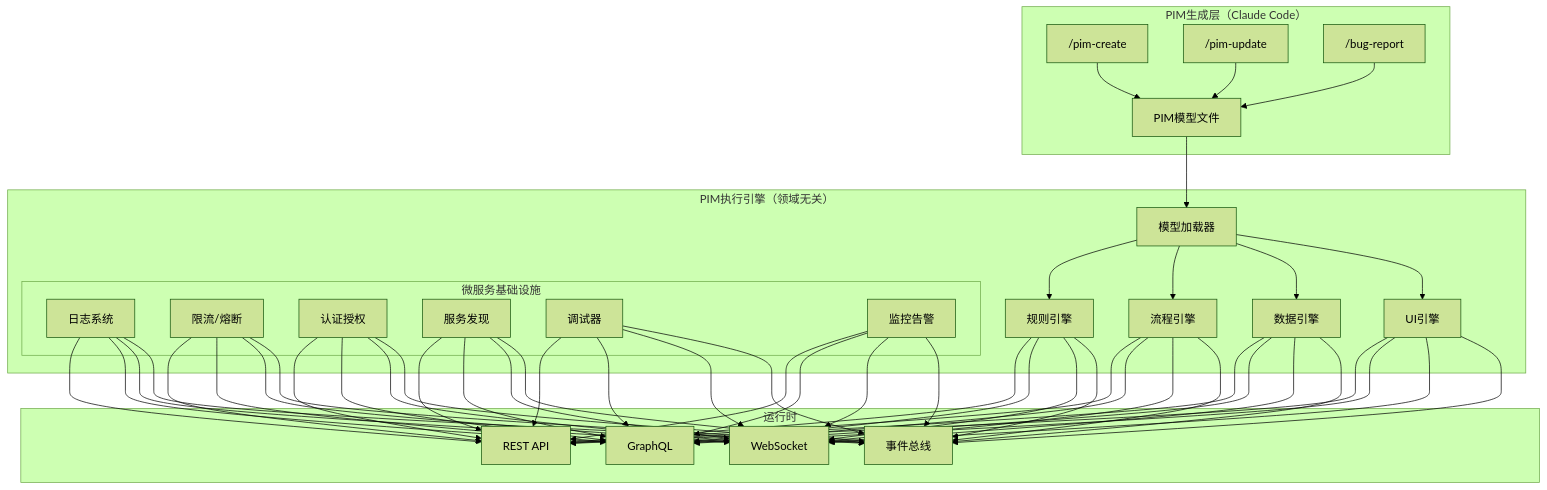
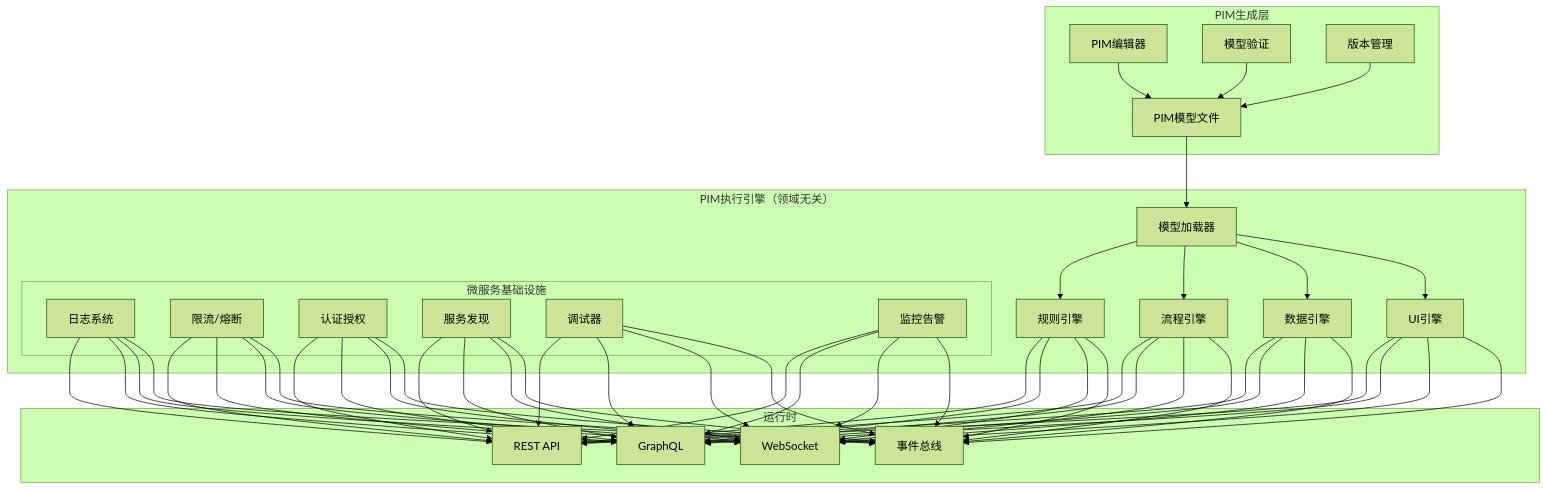
The diagram in PIM执行引擎架构设计.md (guci314/mda), drawn with Mermaid (forest theme) before and after one commit. The commit also changed other lines of this file and 235 other files, not shown here.

````diff
--- a/PIM执行引擎架构设计.md
+++ b/PIM执行引擎架构设计.md
@@ -14,41 +14,41 @@
 ```mermaid
 flowchart TB
-    subgraph "PIM生成层（Claude Code）"
-        A["/pim-create"]
-        B["/pim-update"]
-        C["/bug-report"]
+    subgraph "PIM生成层"
+        A[PIM编辑器]
+        B[模型验证]
+        C[版本管理]
         D[PIM模型文件]
     end
     
     subgraph "PIM执行引擎（领域无关）"
         E[模型加载器]
         F[规则引擎]
         G[流程引擎]
         H[数据引擎]
         I[UI引擎]
         
         subgraph "微服务基础设施"
             J[日志系统]
             K[限流/熔断]
             L[认证授权]
             M[服务发现]
             N[调试器]
             O[监控告警]
         end
     end
     
     subgraph "运行时"
         P[REST API]
         Q[GraphQL]
         R[WebSocket]
         S[事件总线]
     end
     
     A --> D
     B --> D
     C --> D
     D --> E
     E --> F & G & H & I
     F & G & H & I --> P & Q & R & S
     J & K & L & M & N & O --> P & Q & R & S
 ```
````
